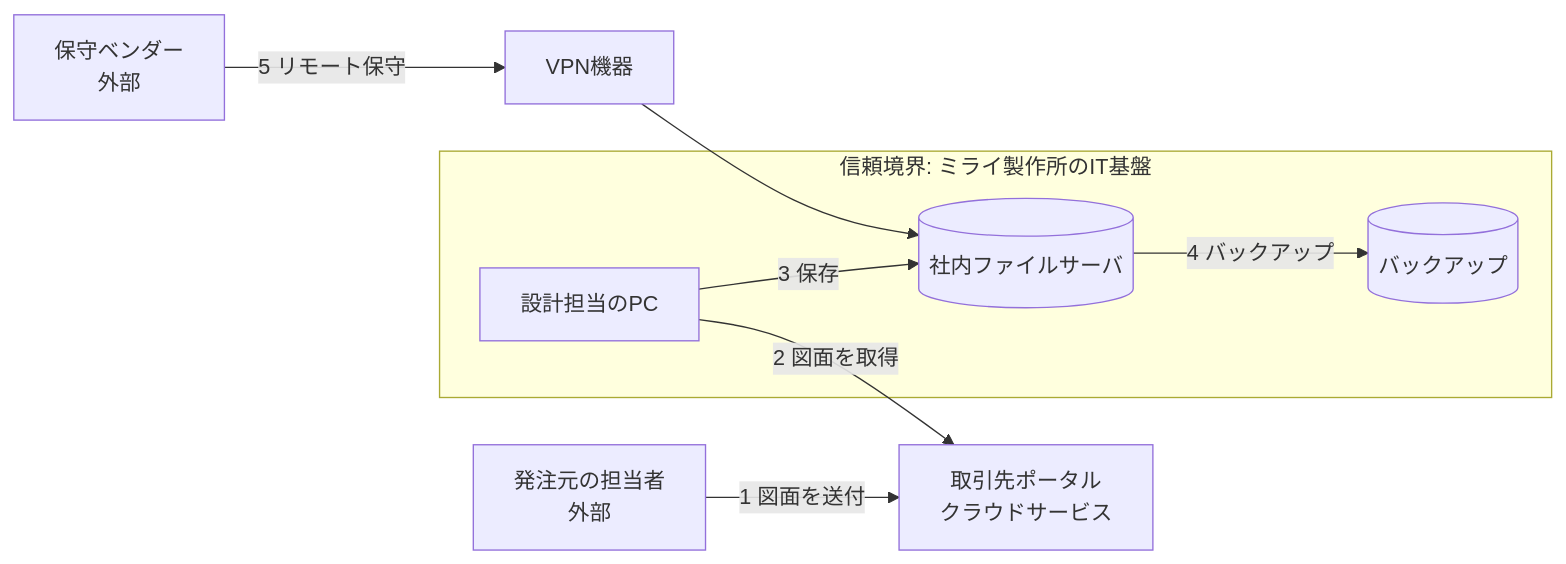
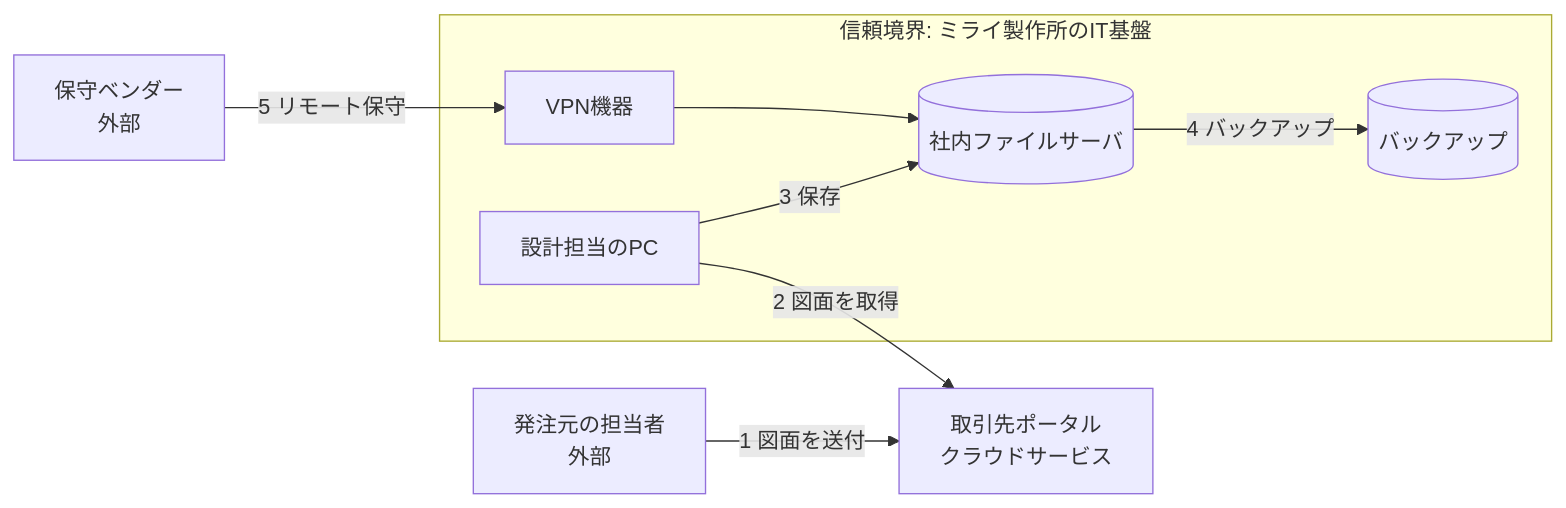
One commit to myoshi2891/Security_Studies changed diagram 12 of 14 in Scs-evaluation-threat-analysis-guide.md. Above: the diagram before and after it, drawn with Mermaid. The commit also changed other lines of this file, not shown here.

Commit message:
docs(scs): clarify lockout alternatives, sheet exemption reasons, and VPN trust boundary

````diff
--- a/Scs-evaluation-threat-analysis-guide.md
+++ b/Scs-evaluation-threat-analysis-guide.md
@@ -669,11 +669,11 @@
 ```mermaid
 flowchart LR
     ORD["発注元の担当者<br/>外部"] -->|"1 図面を送付"| PORTAL["取引先ポータル<br/>クラウドサービス"]
     subgraph MIRAI["信頼境界: ミライ製作所のIT基盤"]
         ENG["設計担当のPC"] -->|"3 保存"| FS[("社内ファイルサーバ")]
         FS -->|"4 バックアップ"| BK[("バックアップ")]
+        VPN["VPN機器"] --> FS
     end
     ENG -->|"2 図面を取得"| PORTAL
-    VENDOR["保守ベンダー<br/>外部"] -->|"5 リモート保守"| VPN["VPN機器"]
-    VPN --> FS
+    VENDOR["保守ベンダー<br/>外部"] -->|"5 リモート保守"| VPN
 ```
````
